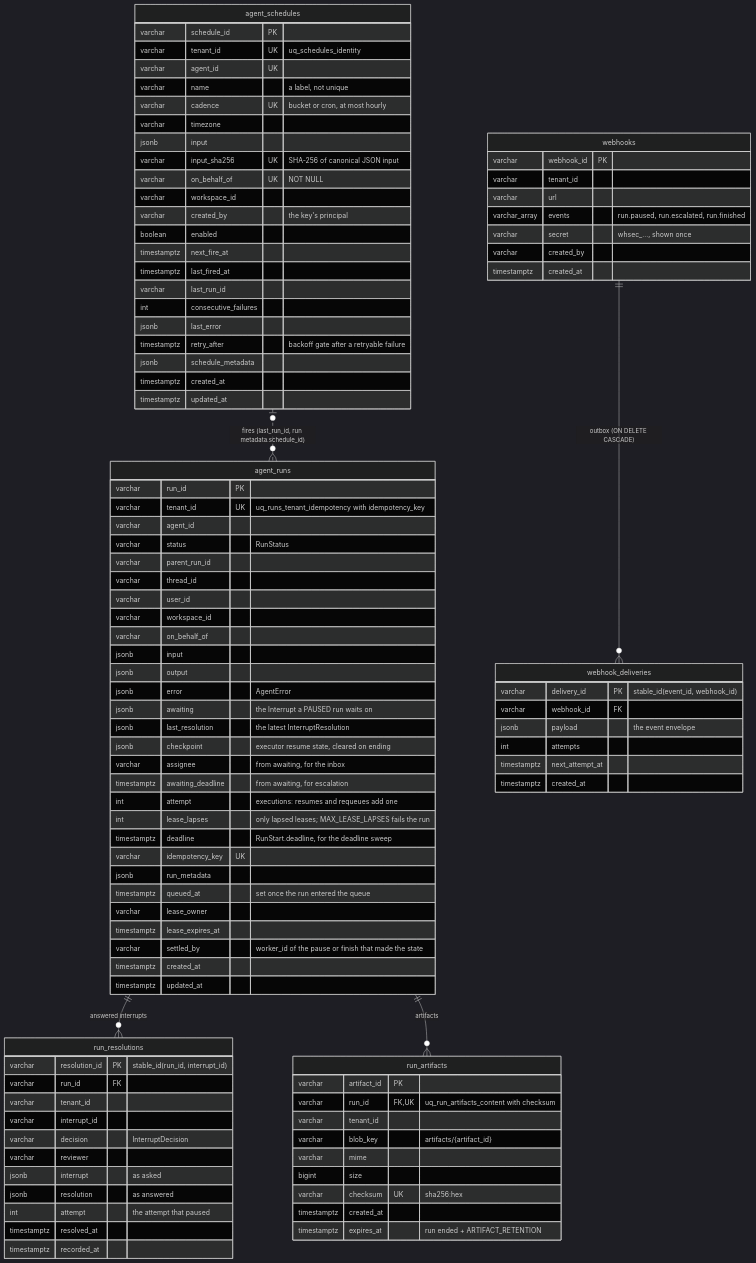
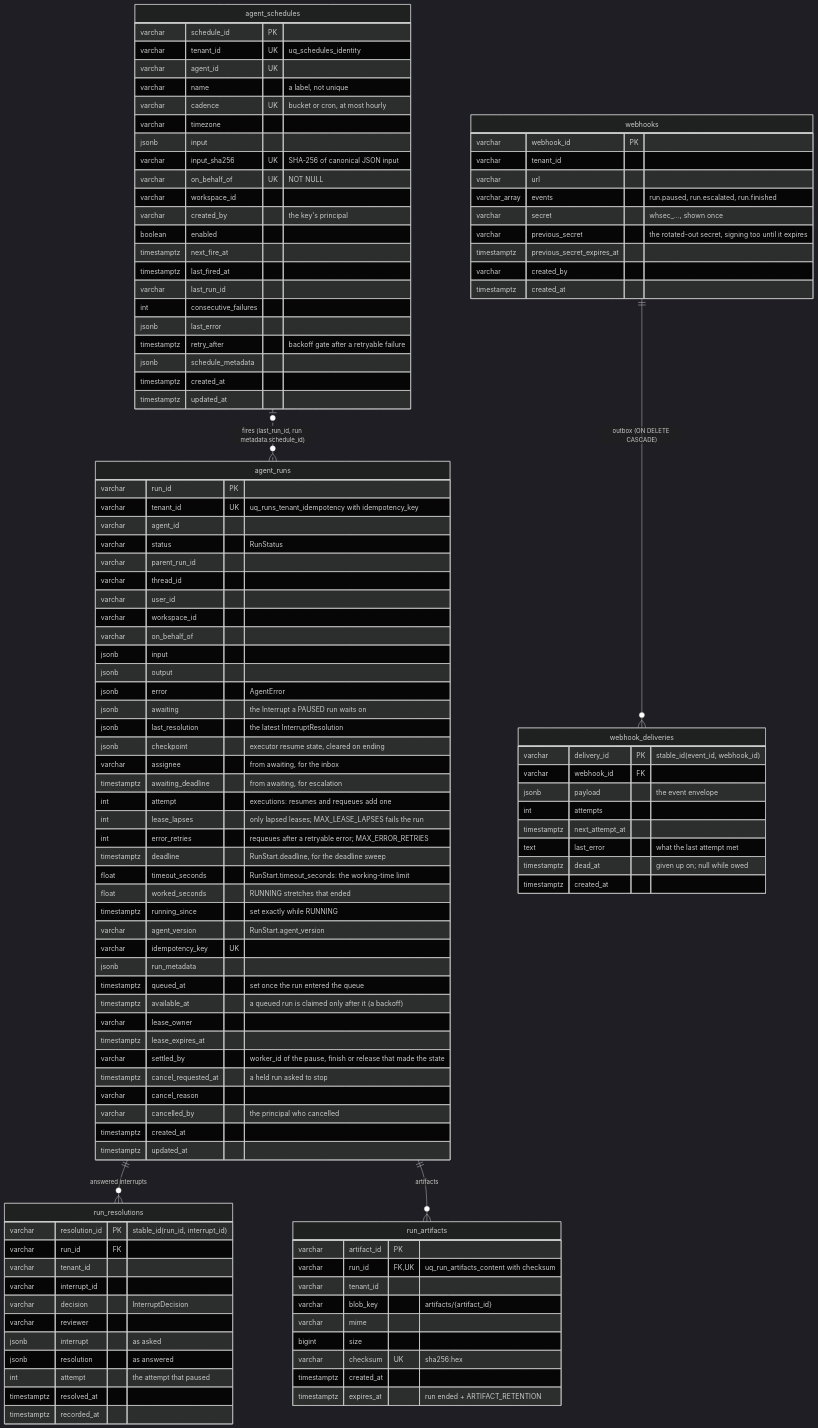
The fifth of 5 diagrams in docs/ARCHITECTURE.md (amitmohapatra/agent-runs), drawn with Mermaid (dark theme) before and after one commit. The commit also changed other lines of this file and 49 other files, not shown here.

First line of the commit message:
Reliability: working-time limits, cancel, release, retries, webhook dead letters and egress guard (#9)

````diff
--- a/docs/ARCHITECTURE.md
+++ b/docs/ARCHITECTURE.md
@@ -308,13 +335,22 @@
     timestamptz awaiting_deadline "from awaiting, for escalation"
     int attempt "executions: resumes and requeues add one"
     int lease_lapses "only lapsed leases; MAX_LEASE_LAPSES fails the run"
+    int error_retries "requeues after a retryable error; MAX_ERROR_RETRIES"
     timestamptz deadline "RunStart.deadline, for the deadline sweep"
+    float timeout_seconds "RunStart.timeout_seconds: the working-time limit"
+    float worked_seconds "RUNNING stretches that ended"
+    timestamptz running_since "set exactly while RUNNING"
+    varchar agent_version "RunStart.agent_version"
     varchar idempotency_key UK
     jsonb run_metadata
     timestamptz queued_at "set once the run entered the queue"
+    timestamptz available_at "a queued run is claimed only after it (a backoff)"
     varchar lease_owner
     timestamptz lease_expires_at
-    varchar settled_by "worker_id of the pause or finish that made the state"
+    varchar settled_by "worker_id of the pause, finish or release that made the state"
+    timestamptz cancel_requested_at "a held run asked to stop"
+    varchar cancel_reason
+    varchar cancelled_by "the principal who cancelled"
     timestamptz created_at
     timestamptz updated_at
   }
@@ -375,6 +411,8 @@
     varchar url
     varchar_array events "run.paused, run.escalated, run.finished"
     varchar secret "whsec_..., shown once"
+    varchar previous_secret "the rotated-out secret, signing too until it expires"
+    timestamptz previous_secret_expires_at
     varchar created_by
     timestamptz created_at
   }
@@ -385,6 +423,8 @@
     jsonb payload "the event envelope"
     int attempts
     timestamptz next_attempt_at
+    text last_error "what the last attempt met"
+    timestamptz dead_at "given up on; null while owed"
     timestamptz created_at
   }
 ```
````
